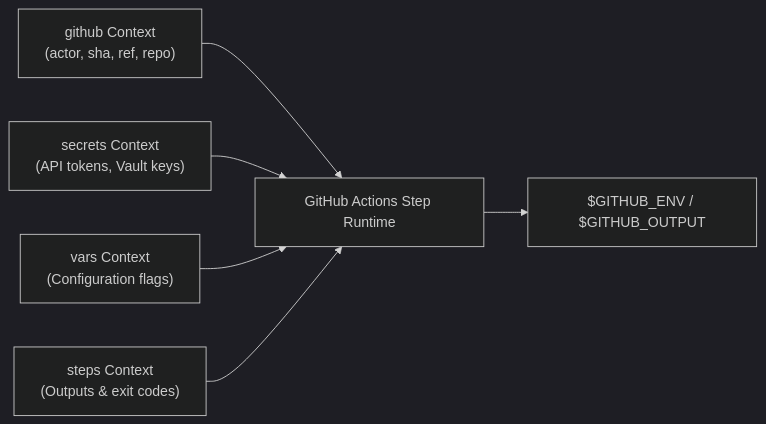
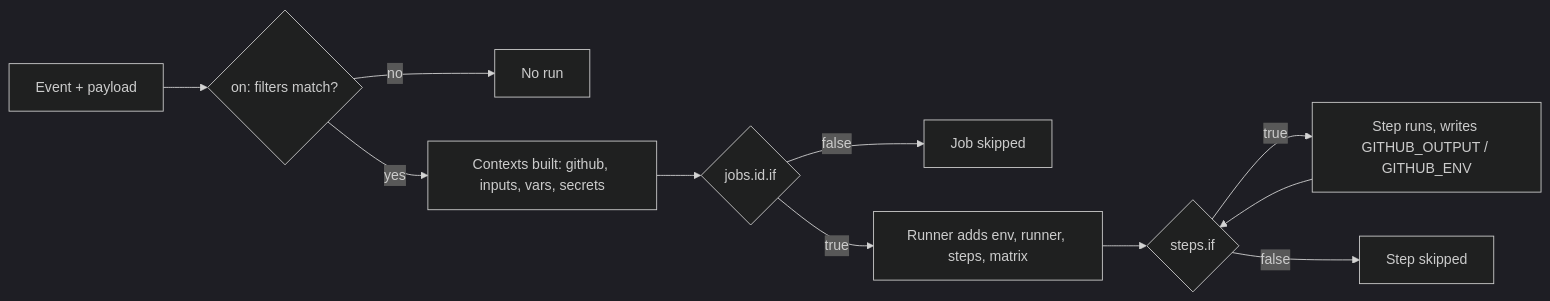
One commit to TheLearningHubOrg/learn-github-actions changed the eighth of 27 diagrams in README.md. Above: the diagram before and after it, drawn with Mermaid (dark theme). The commit also changed other lines of this file and 39 other files, not shown here.

````diff
--- a/README.md
+++ b/README.md
@@ -197,8 +714,13 @@
 ```mermaid
 flowchart LR
-    GH["github Context<br/>(actor, sha, ref, repo)"] --> Runner
-    Sec["secrets Context<br/>(API tokens, Vault keys)"] --> Runner
-    Vars["vars Context<br/>(Configuration flags)"] --> Runner
-    Steps["steps Context<br/>(Outputs & exit codes)"] --> Runner
-    Runner["GitHub Actions Step Runtime"] --> Env["$GITHUB_ENV / $GITHUB_OUTPUT"]
+    Event["Event + payload"] --> Filter{"on: filters match?"}
+    Filter -- no --> Nothing["No run"]
+    Filter -- yes --> Ctx["Contexts built: github, inputs, vars, secrets"]
+    Ctx --> JobIf{"jobs.id.if"}
+    JobIf -- false --> Skip["Job skipped"]
+    JobIf -- true --> Runner["Runner adds env, runner, steps, matrix"]
+    Runner --> StepIf{"steps.if"}
+    StepIf -- true --> Exec["Step runs, writes GITHUB_OUTPUT / GITHUB_ENV"]
+    StepIf -- false --> SkipStep["Step skipped"]
+    Exec --> StepIf
 ```
````
